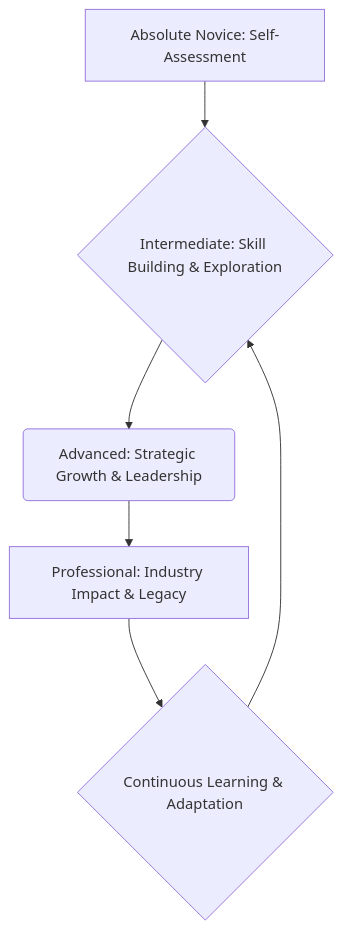
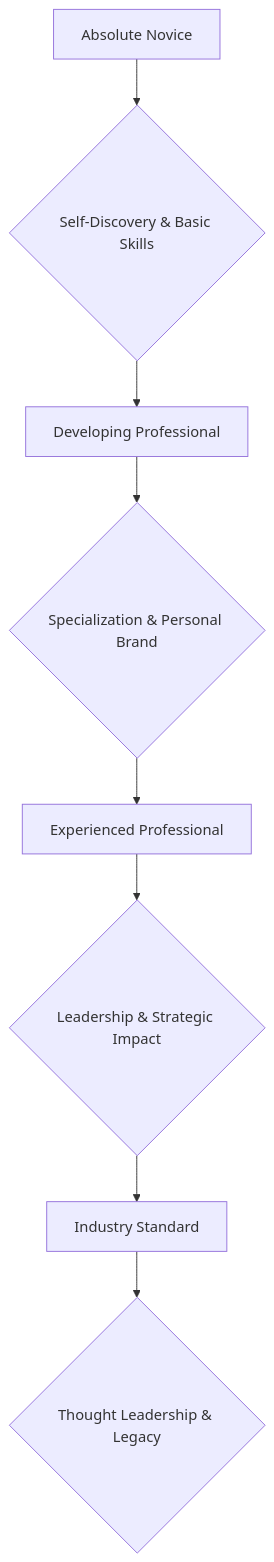
The diagram in knowledge/mr0g929r44x4tu.md (knowhub-by-ab/knowhub_notes), drawn with Mermaid before and after one commit. The commit also changed other lines of this file, not shown here.

Commit message:
docs: update Professional Career Development

````diff
--- a/knowledge/mr0g929r44x4tu.md
+++ b/knowledge/mr0g929r44x4tu.md
@@ -145,8 +87,10 @@
 ```mermaid
 graph TD
-    A[Absolute Novice: Self-Assessment] --> B{Intermediate: Skill Building & Exploration}
-    B --> C(Advanced: Strategic Growth & Leadership)
-    C --> D[Professional: Industry Impact & Legacy]
-    D --> E{Continuous Learning & Adaptation}
-    E --> B
+    A[Absolute Novice] --> B{Self-Discovery & Basic Skills}
+    B --> C[Developing Professional]
+    C --> D{Specialization & Personal Brand}
+    D --> E[Experienced Professional]
+    E --> F{Leadership & Strategic Impact}
+    F --> G[Industry Standard]
+    G --> H{Thought Leadership & Legacy}
 ```
````
